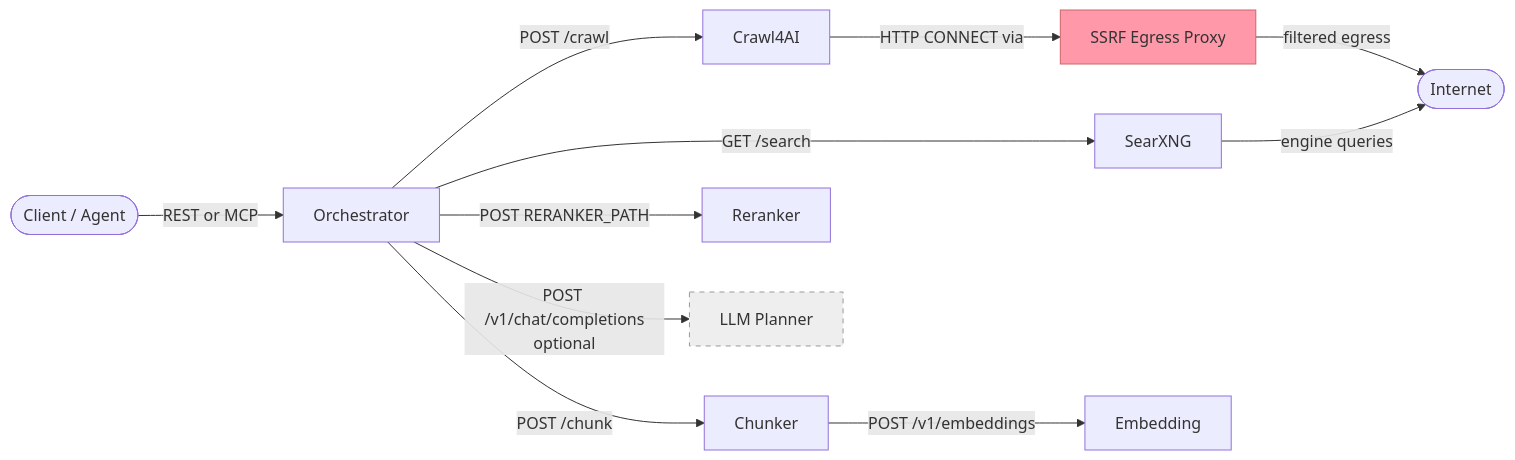
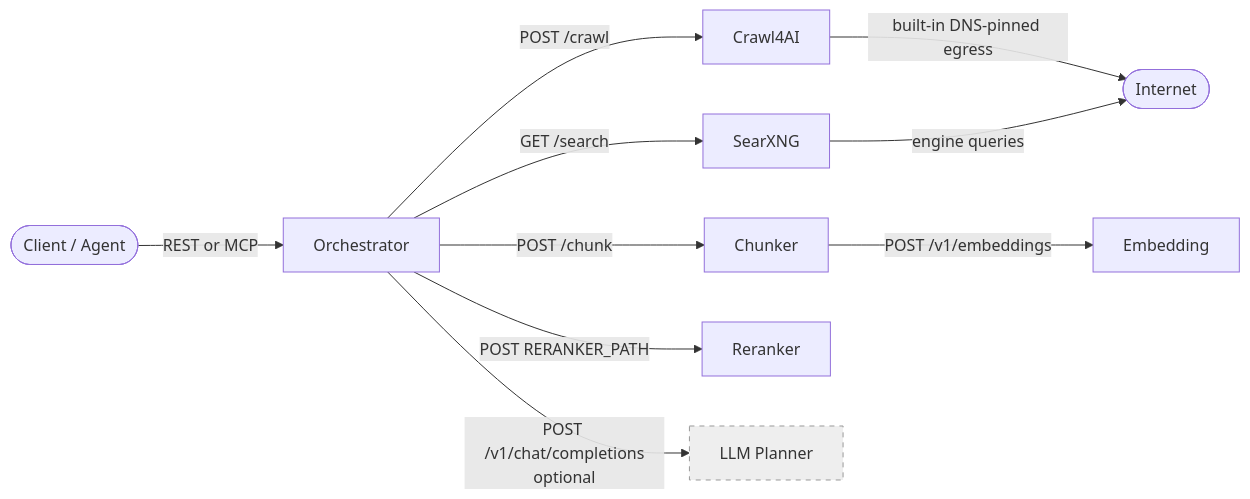
Before and after one commit to FeanorsCodeSL/thorondor: the diagram in docs/architecture/dependencies.md, drawn with Mermaid. The commit also changed other lines of this file and 19 other files, not shown here.

````diff
--- a/docs/architecture/dependencies.md
+++ b/docs/architecture/dependencies.md
@@ -5,21 +5,19 @@
 ```mermaid
 graph LR
     Client([Client / Agent])
 
     Client -->|REST or MCP| Orchestrator
 
     Orchestrator -->|GET /search| SearXNG
     Orchestrator -->|POST /crawl| Crawl4AI
     Orchestrator -->|POST /chunk| Chunker
     Orchestrator -->|POST RERANKER_PATH| Reranker
     Orchestrator -->|POST /v1/chat/completions\noptional| LLMPlanner[LLM Planner]
 
-    Crawl4AI -->|HTTP CONNECT via| EgressProxy[SSRF Egress Proxy]
-    EgressProxy -->|filtered egress| Internet([Internet])
+    Crawl4AI -->|built-in DNS-pinned egress| Internet([Internet])
     SearXNG -->|engine queries| Internet
 
     Chunker -->|POST /v1/embeddings| Embedding
 
-    style EgressProxy fill:#f9a,stroke:#c66
     style LLMPlanner fill:#eee,stroke:#999,stroke-dasharray:5
 ```
````
